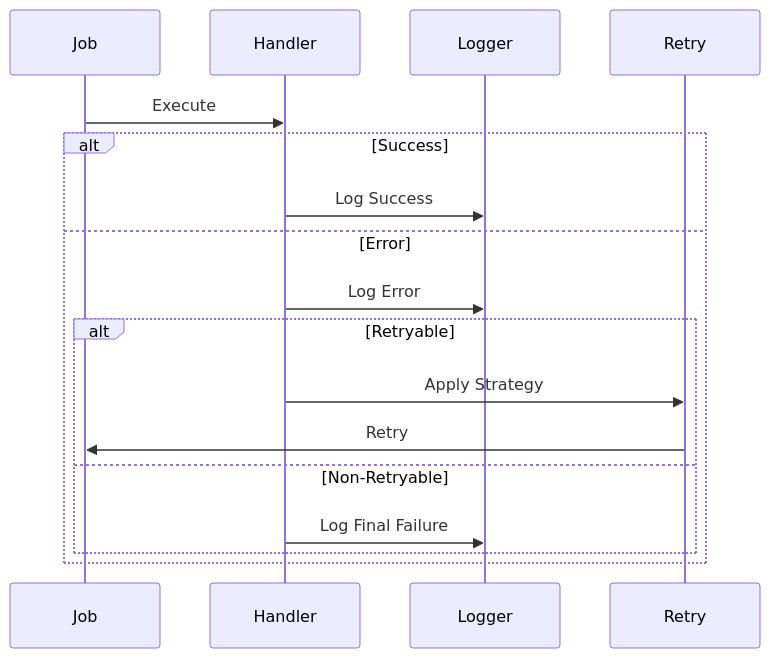
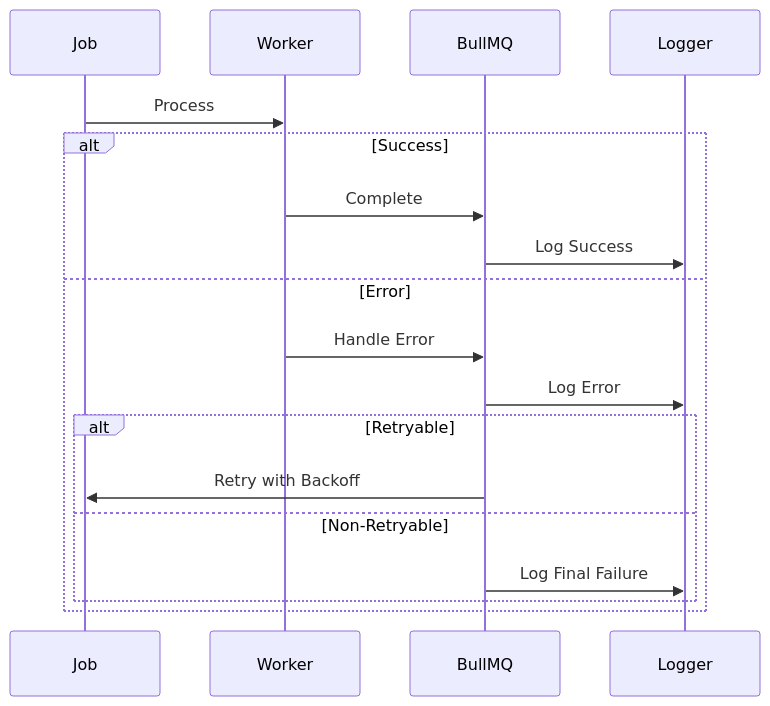
One commit to tonglam/letletme_data changed the fourth of 4 diagrams in documentation/design/Queue_Layer_Design.md. Above: the diagram before and after it, drawn with Mermaid. The commit also changed other lines of this file and 21 other files, not shown here.

````diff
--- a/documentation/design/Queue_Layer_Design.md
+++ b/documentation/design/Queue_Layer_Design.md
@@ -194,20 +112,21 @@
 ```mermaid
 sequenceDiagram
-    participant Job
-    participant Handler
-    participant Logger
-    participant Retry
+    participant J as Job
+    participant W as Worker
+    participant B as BullMQ
+    participant L as Logger
 
-    Job->>Handler: Execute
+    J->>W: Process
     alt Success
-        Handler->>Logger: Log Success
+        W->>B: Complete
+        B->>L: Log Success
     else Error
-        Handler->>Logger: Log Error
+        W->>B: Handle Error
+        B->>L: Log Error
         alt Retryable
-            Handler->>Retry: Apply Strategy
-            Retry->>Job: Retry
+            B->>J: Retry with Backoff
         else Non-Retryable
-            Handler->>Logger: Log Final Failure
+            B->>L: Log Final Failure
         end
     end
 ```
````
